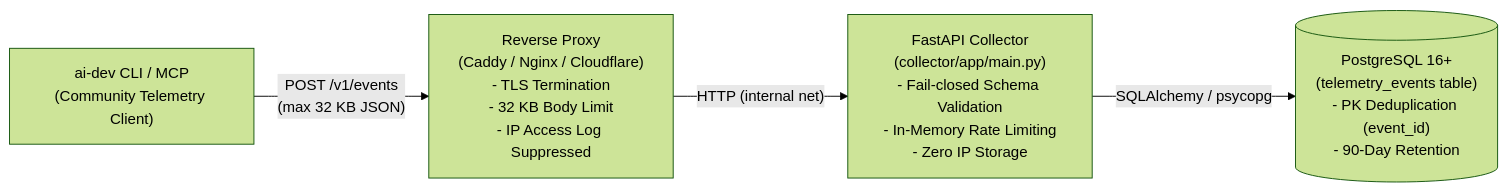
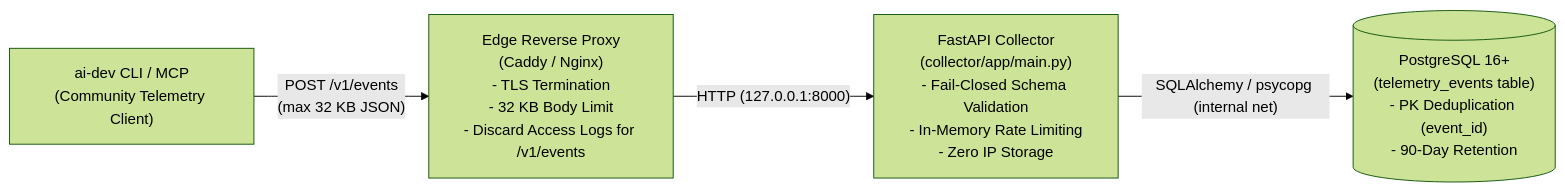
One commit to MatthiasLew/ai-dev-cli-tools changed the diagram in docs/community-telemetry-deployment.md. Above: the diagram before and after it, drawn with Mermaid (forest theme). The commit also changed other lines of this file and 8 other files, not shown here.

````diff
--- a/docs/community-telemetry-deployment.md
+++ b/docs/community-telemetry-deployment.md
@@ -9,11 +9,24 @@
 ```mermaid
 flowchart LR
-    Client["ai-dev CLI / MCP\n(Community Telemetry Client)"]
-    Proxy["Reverse Proxy\n(Caddy / Nginx / Cloudflare)\n- TLS Termination\n- 32 KB Body Limit\n- IP Access Log Suppressed"]
-    Collector["FastAPI Collector\n(collector/app/main.py)\n- Fail-closed Schema Validation\n- In-Memory Rate Limiting\n- Zero IP Storage"]
-    DB[("PostgreSQL 16+\n(telemetry_events table)\n- PK Deduplication (event_id)\n- 90-Day Retention")]
+    Client["ai-dev CLI / MCP
+(Community Telemetry Client)"]
+    Proxy["Edge Reverse Proxy
+(Caddy / Nginx)
+- TLS Termination
+- 32 KB Body Limit
+- Discard Access Logs for /v1/events"]
+    Collector["FastAPI Collector
+(collector/app/main.py)
+- Fail-Closed Schema Validation
+- In-Memory Rate Limiting
+- Zero IP Storage"]
+    DB[("PostgreSQL 16+
+(telemetry_events table)
+- PK Deduplication (event_id)
+- 90-Day Retention")]
 
-    Client -- "POST /v1/events\n(max 32 KB JSON)" --> Proxy
-    Proxy -- "HTTP (internal net)" --> Collector
-    Collector -- "SQLAlchemy / psycopg" --> DB
+    Client -- "POST /v1/events
+(max 32 KB JSON)" --> Proxy
+    Proxy -- "HTTP (127.0.0.1:8000)" --> Collector
+    Collector -- "SQLAlchemy / psycopg (internal net)" --> DB
 ```
````
